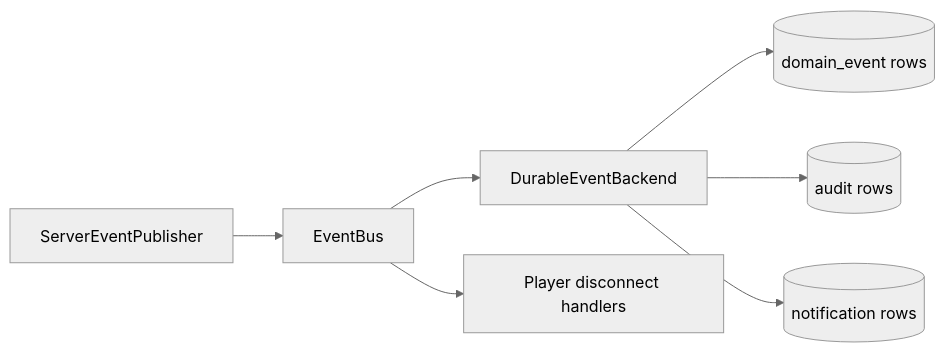
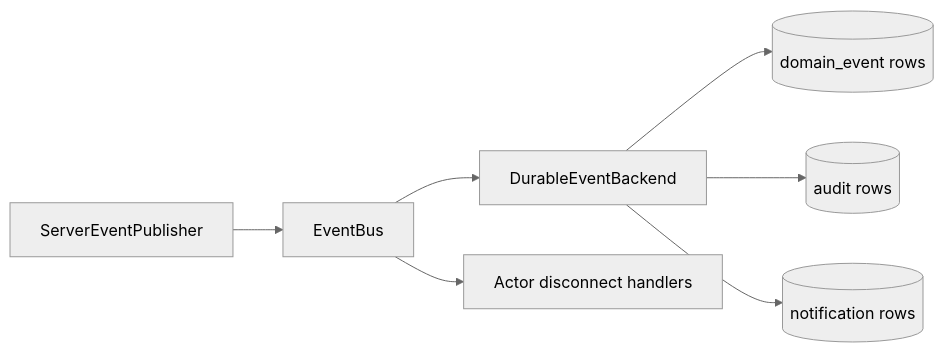
The third of 4 diagrams in arma/crate/docs/architecture.md (jschmidt92/crate), drawn with Mermaid (neutral theme) before and after one commit. The commit also changed other lines of this file and 4 other files, not shown here.

First line of the commit message:
Clarify docs with flow diagrams and actor disconnect wording

````diff
--- a/arma/crate/docs/architecture.md
+++ b/arma/crate/docs/architecture.md
@@ -86,9 +86,9 @@
 ```mermaid
 flowchart LR
     Publisher[ServerEventPublisher] --> Bus[EventBus]
     Bus --> Durable[DurableEventBackend]
-    Bus --> Disconnect[Player disconnect handlers]
+    Bus --> Disconnect[Actor disconnect handlers]
     Durable --> EventRows[(domain_event rows)]
     Durable --> AuditRows[(audit rows)]
     Durable --> Notifications[(notification rows)]
 ```
````
